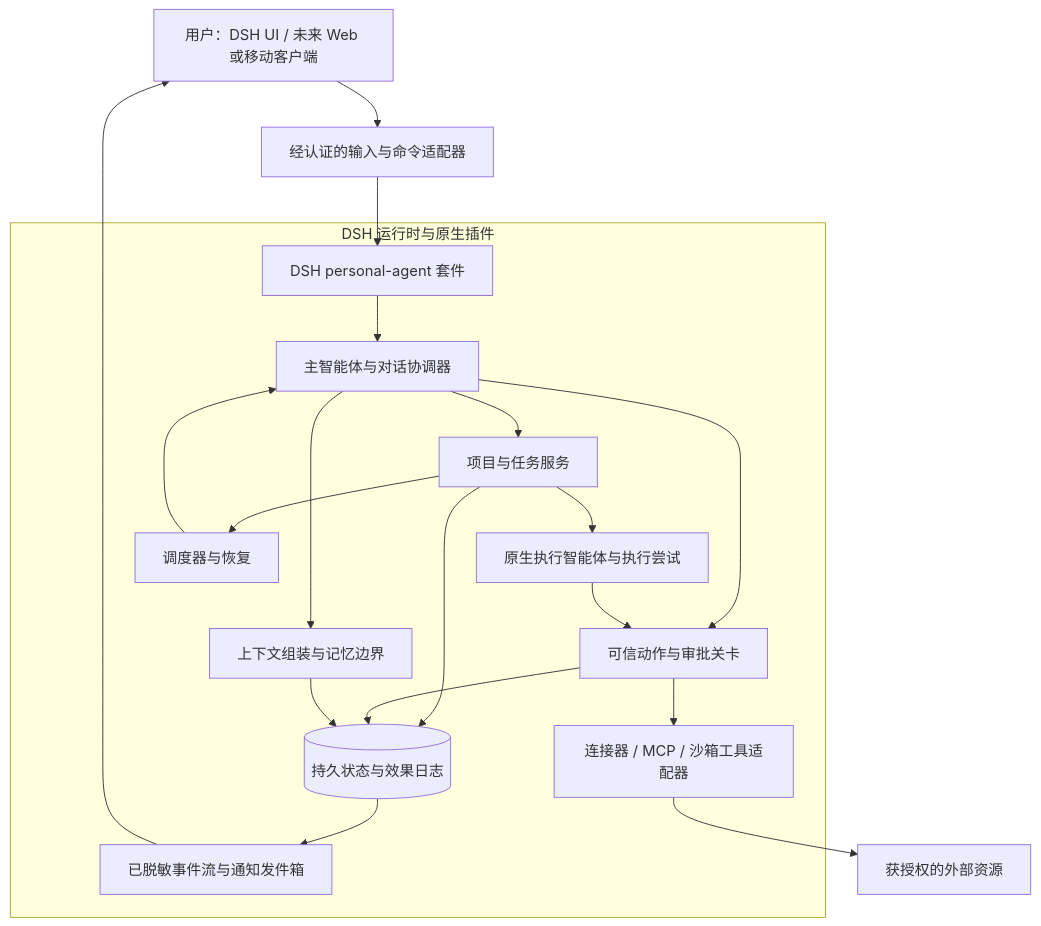
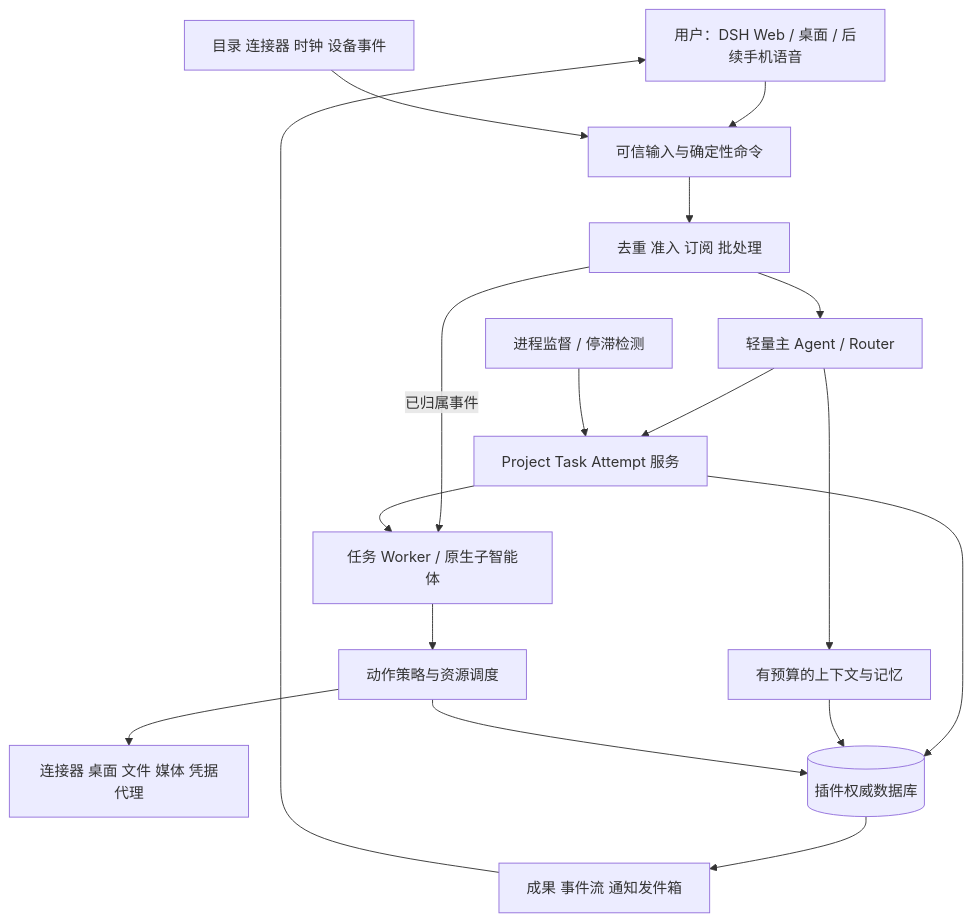
The diagram in docs/01-product-and-architecture-zh.md (MosBot-AI/dsh-personal-agent), drawn with Mermaid before and after one commit. The commit also changed other lines of this file and 27 other files, not shown here.

````diff
--- a/docs/01-product-and-architecture-zh.md
+++ b/docs/01-product-and-architecture-zh.md
@@ -41,22 +49,19 @@
 ```mermaid
 flowchart TB
-    U[用户：DSH UI / 未来 Web 或移动客户端] --> I[经认证的输入与命令适配器]
-    I --> P[DSH personal-agent 套件]
-    subgraph Native[DSH 运行时与原生插件]
-      P --> A[主智能体与对话协调器]
-      A --> T[项目与任务服务]
-      A --> C[上下文组装与记忆边界]
-      T --> W[原生执行智能体与执行尝试]
-      A --> G[可信动作与审批关卡]
-      W --> G
-      G --> X[连接器 / MCP / 沙箱工具适配器]
-      T --> S[调度器与恢复]
-      S --> A
-      T --> D[(持久状态与效果日志)]
-      G --> D
-      C --> D
-      D --> E[已脱敏事件流与通知发件箱]
-    end
-    E --> U
-    X --> R[获授权的外部资源]
+  U[用户：DSH Web / 桌面 / 后续手机语音] --> IN[可信输入与确定性命令]
+  EV[目录 连接器 时钟 设备事件] --> IN
+  IN --> F[去重 准入 订阅 批处理]
+  F --> R[轻量主 Agent / Router]
+  F -->|已归属事件| W[任务 Worker / 原生子智能体]
+  R --> T[Project Task Attempt 服务]
+  T --> W
+  R --> C[有预算的上下文与记忆]
+  W --> G[动作策略与资源调度]
+  G --> X[连接器 桌面 文件 媒体 凭据代理]
+  T --> DB[(插件权威数据库)]
+  C --> DB
+  G --> DB
+  DB --> O[成果 事件流 通知发件箱]
+  O --> U
+  S[进程监督 / 停滞检测] --> T
 ```
````
